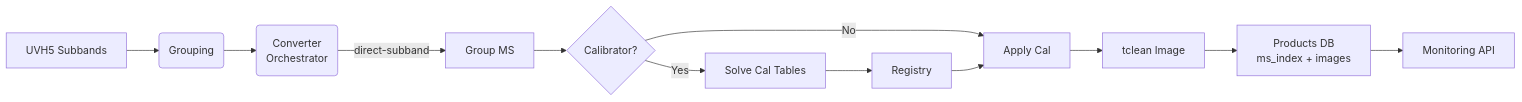
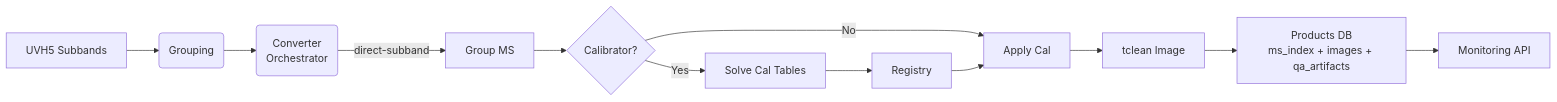
Before and after one commit to dsa110/dsa110-contimg: the diagram in docs/concepts/architecture.md, drawn with Mermaid. The commit also changed 1916 other files, not shown here.

````diff
--- a/docs/concepts/architecture.md
+++ b/docs/concepts/architecture.md
@@ -3,16 +3,14 @@
 ```mermaid
 flowchart LR
   A[UVH5 Subbands] --> B(Grouping)
-  B --> C(Converter
-Orchestrator)
+  B --> C(Converter<br/>Orchestrator)
   C -->|direct-subband| D[Group MS]
   D --> E{Calibrator?}
   E -->|Yes| F[Solve Cal Tables]
   F --> G[Registry]
   E -->|No| H[Apply Cal]
   G --> H
   H --> I[tclean Image]
-  I --> J[Products DB
-ms_index + images]
+  I --> J[Products DB<br/>ms_index + images + qa_artifacts]
   J --> K[Monitoring API]
 ```
````
